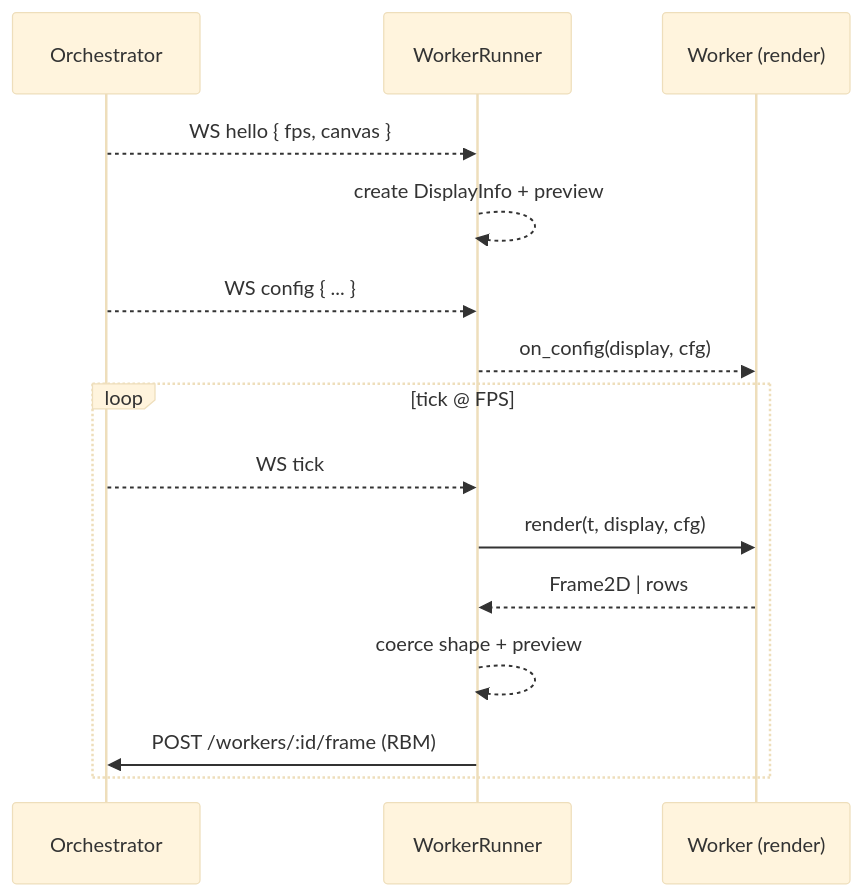
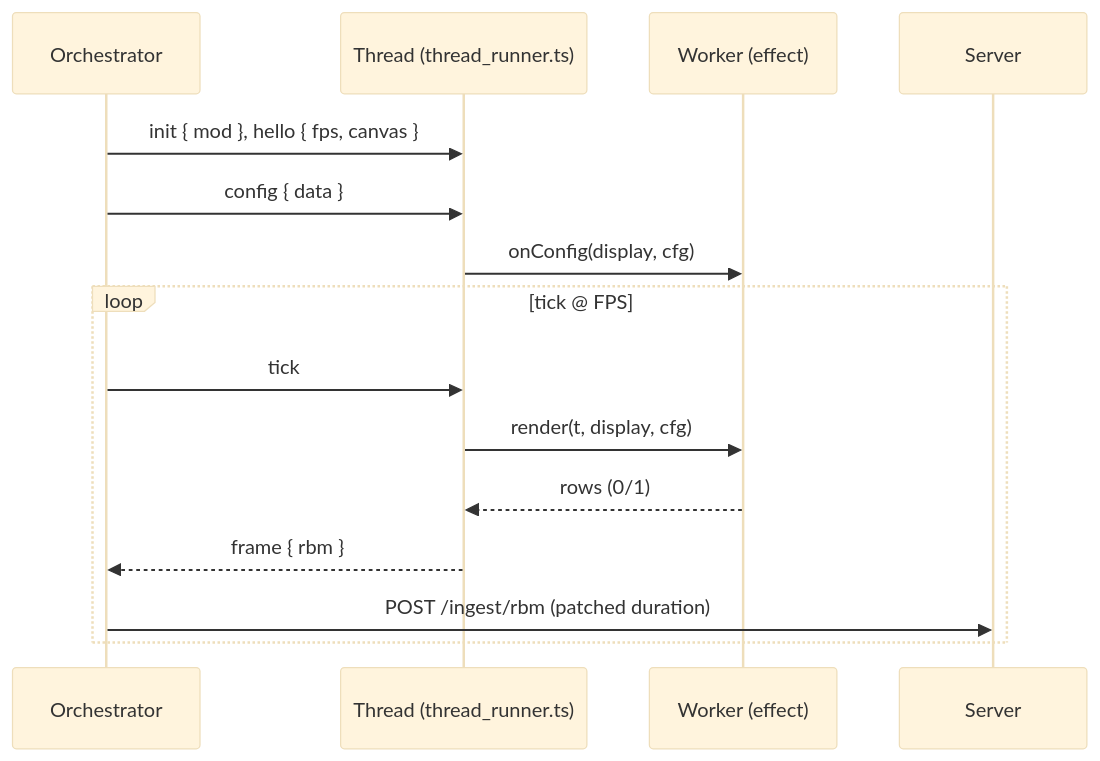
The diagram in workers/README.md (Garrettjson/flip-disc), drawn with Mermaid (base theme) before and after one commit. The commit also changed other lines of this file and 66 other files, not shown here.

````diff
--- a/workers/README.md
+++ b/workers/README.md
@@ -8,18 +9,17 @@
 ```mermaid
 sequenceDiagram
   participant ORCH as Orchestrator
-  participant RUN as WorkerRunner
-  participant WRK as Worker (render)
+  participant TH as Thread (thread_runner.ts)
+  participant WRK as Worker (effect)
 
-  ORCH-->>RUN: WS hello { fps, canvas }
-  RUN-->>RUN: create DisplayInfo + preview
-  ORCH-->>RUN: WS config { ... }
-  RUN-->>WRK: on_config(display, cfg)
+  ORCH->>TH: init { mod }, hello { fps, canvas }
+  ORCH->>TH: config { data }
+  TH->>WRK: onConfig(display, cfg)
   loop tick @ FPS
-    ORCH-->>RUN: WS tick
-    RUN->>WRK: render(t, display, cfg)
-    WRK-->>RUN: Frame2D | rows
-    RUN-->>RUN: coerce shape + preview
-    RUN->>ORCH: POST /workers/:id/frame (RBM)
+    ORCH->>TH: tick
+    TH->>WRK: render(t, display, cfg)
+    WRK-->>TH: rows (0/1)
+    TH-->>ORCH: frame { rbm }
+    ORCH->>Server: POST /ingest/rbm (patched duration)
   end
 ```
````
